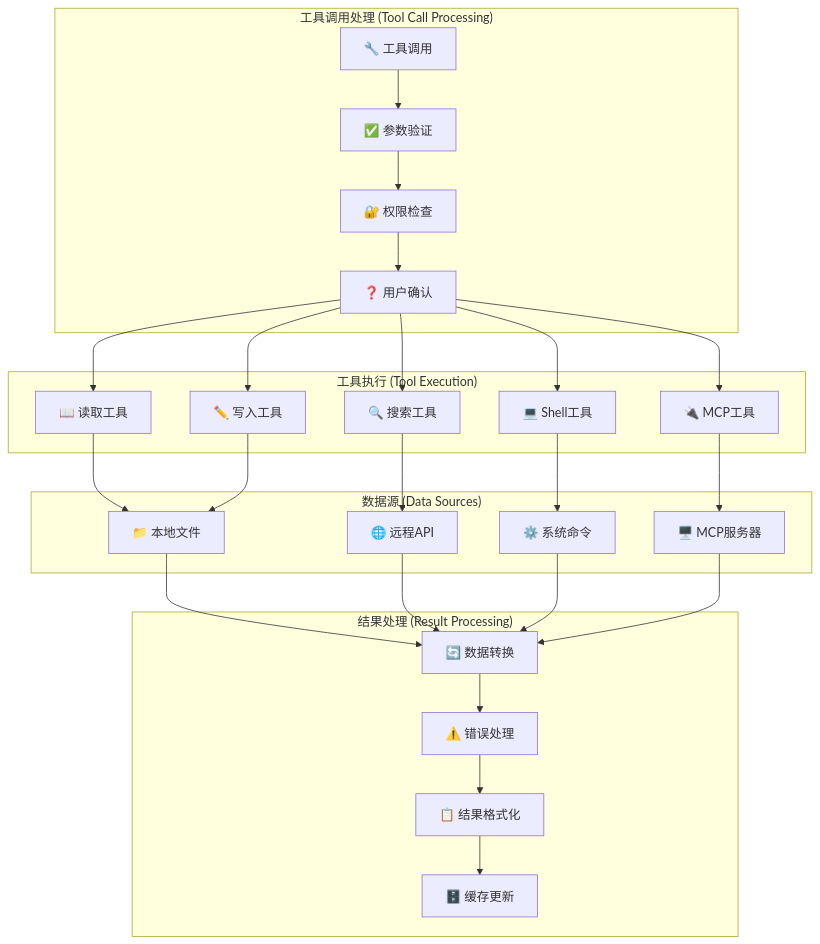
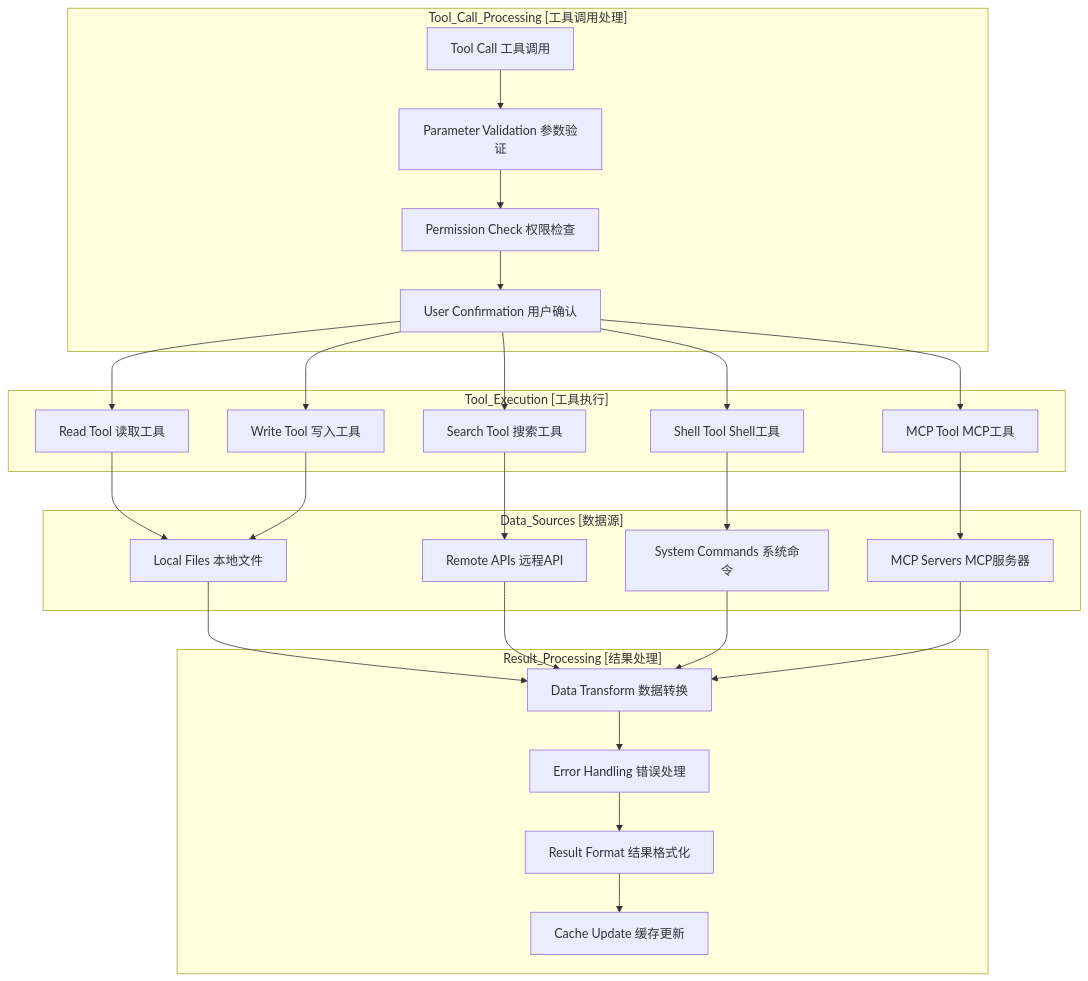
The third of 5 diagrams in docs/articles/gemini-cli-data-flow-diagram.md (zhuangbiaowei/vitepress-ospo-writing-project), drawn with Mermaid before and after one commit. The commit also changed other lines of this file and 128 other files, not shown here.

````diff
--- a/docs/articles/gemini-cli-data-flow-diagram.md
+++ b/docs/articles/gemini-cli-data-flow-diagram.md
@@ -185,56 +177,56 @@
 ```mermaid
 flowchart TD
-    subgraph "工具调用处理 (Tool Call Processing)"
-        ToolCall[🔧 工具调用]
-        Validation[✅ 参数验证]
-        Permission[🔐 权限检查]
-        Confirmation[❓ 用户确认]
+    subgraph "Tool_Call_Processing [工具调用处理]"
+        ToolCall[Tool Call 工具调用]
+        Validation[Parameter Validation 参数验证]
+        Permission[Permission Check 权限检查]
+        Confirmation[User Confirmation 用户确认]
     end
     
-    subgraph "工具执行 (Tool Execution)"
-        ReadTool[📖 读取工具]
-        WriteTool[✏️ 写入工具]
-        ShellTool[💻 Shell工具]
-        SearchTool[🔍 搜索工具]
-        MCPTool[🔌 MCP工具]
+    subgraph "Tool_Execution [工具执行]"
+        ReadTool[Read Tool 读取工具]
+        WriteTool[Write Tool 写入工具]
+        ShellTool[Shell Tool Shell工具]
+        SearchTool[Search Tool 搜索工具]
+        MCPTool[MCP Tool MCP工具]
     end
     
-    subgraph "数据源 (Data Sources)"
-        LocalFiles[📁 本地文件]
-        RemoteAPIs[🌐 远程API]
-        SystemCmds[⚙️ 系统命令]
-        MCPServers[🖥️ MCP服务器]
+    subgraph "Data_Sources [数据源]"
+        LocalFiles[Local Files 本地文件]
+        RemoteAPIs[Remote APIs 远程API]
+        SystemCmds[System Commands 系统命令]
+        MCPServers[MCP Servers MCP服务器]
     end
     
-    subgraph "结果处理 (Result Processing)"
-        DataTransform[🔄 数据转换]
-        ErrorHandling[⚠️ 错误处理]
-        ResultFormat[📋 结果格式化]
-        CacheUpdate[🗄️ 缓存更新]
+    subgraph "Result_Processing [结果处理]"
+        DataTransform[Data Transform 数据转换]
+        ErrorHandling[Error Handling 错误处理]
+        ResultFormat[Result Format 结果格式化]
+        CacheUpdate[Cache Update 缓存更新]
     end
 
     ToolCall --> Validation
     Validation --> Permission
     Permission --> Confirmation
     
     Confirmation --> ReadTool
     Confirmation --> WriteTool
     Confirmation --> ShellTool
     Confirmation --> SearchTool
     Confirmation --> MCPTool
     
     ReadTool --> LocalFiles
     WriteTool --> LocalFiles
     ShellTool --> SystemCmds
     SearchTool --> RemoteAPIs
     MCPTool --> MCPServers
     
     LocalFiles --> DataTransform
     RemoteAPIs --> DataTransform
     SystemCmds --> DataTransform
     MCPServers --> DataTransform
     
     DataTransform --> ErrorHandling
     ErrorHandling --> ResultFormat
     ResultFormat --> CacheUpdate
 ```
````
